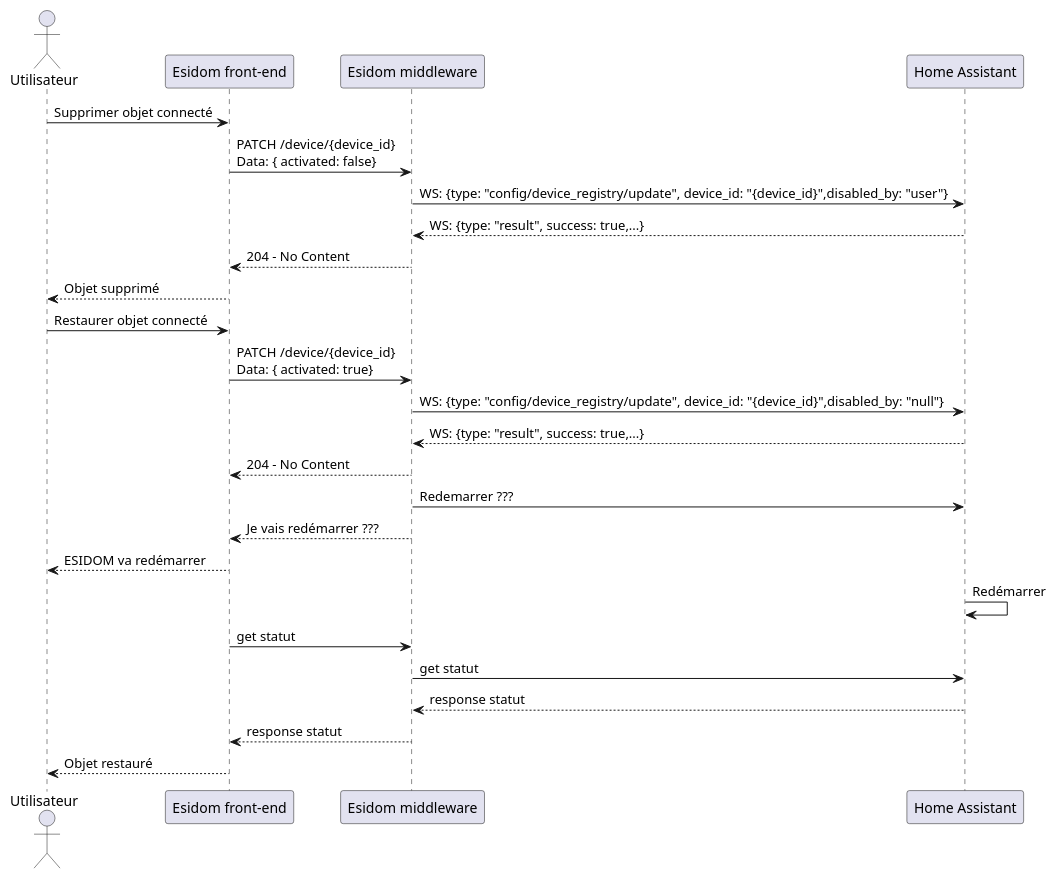
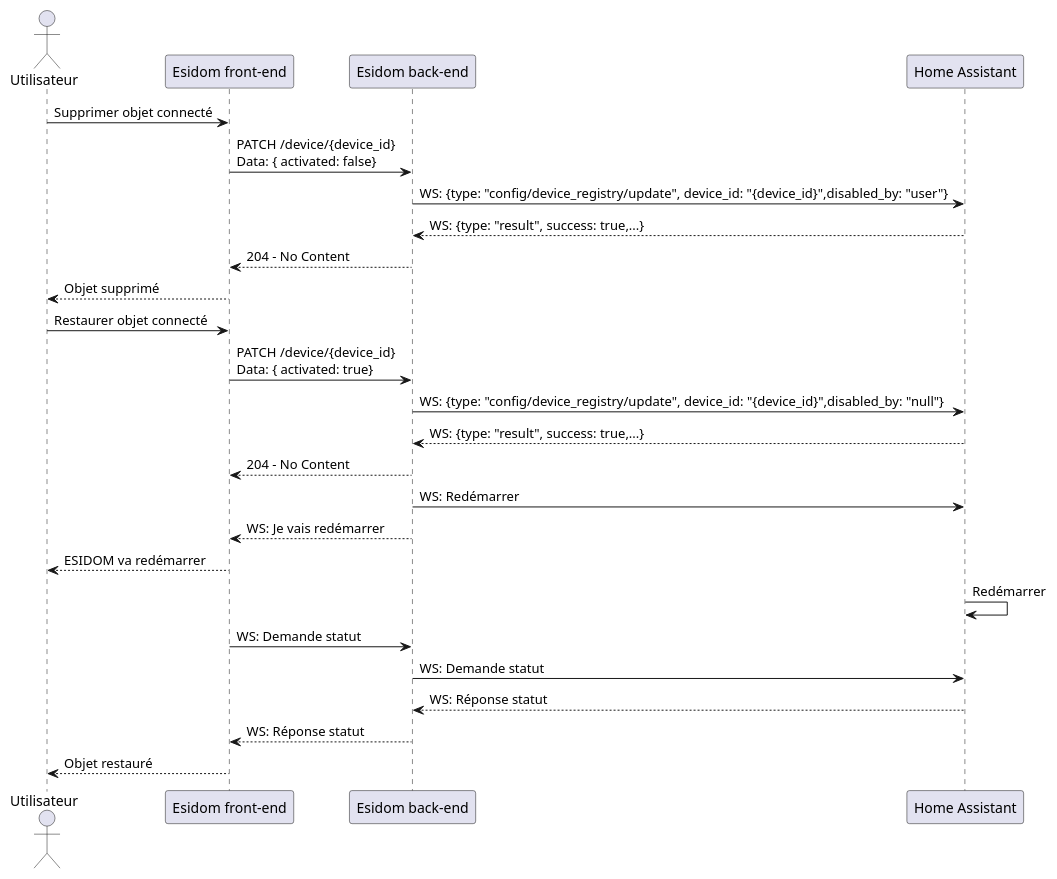
Before and after one commit to SKAVALT-io/esidom_doc: the diagram in cdct/diagramme_de_sequence/plantuml/desappairer.puml, drawn with PlantUML. The commit also changed 31 other files, not shown here.

Commit message:
docs(cdct): changed middleware to back-end

```diff
--- a/cdct/diagramme_de_sequence/plantuml/desappairer.puml
+++ b/cdct/diagramme_de_sequence/plantuml/desappairer.puml
@@ -1,30 +1,30 @@
 @startuml désappairer
 
 actor "Utilisateur" as u
 participant "Esidom front-end" as fe
-participant "Esidom middleware" as m
+participant "Esidom back-end" as m
 participant "Home Assistant" as ha
 
 u -> fe: Supprimer objet connecté
 fe -> m: PATCH /device/{device_id}\nData: { activated: false}
 m -> ha: WS: {type: "config/device_registry/update", device_id: "{device_id}",disabled_by: "user"}
 ha --> m: WS: {type: "result", success: true,...}
 m --> fe: 204 - No Content
 fe --> u: Objet supprimé
 
 u -> fe: Restaurer objet connecté
 fe -> m: PATCH /device/{device_id}\nData: { activated: true}
 m -> ha: WS: {type: "config/device_registry/update", device_id: "{device_id}",disabled_by: "null"}
 ha --> m: WS: {type: "result", success: true,...}
 m --> fe: 204 - No Content
-m -> ha: Redemarrer ???
-m --> fe: Je vais redémarrer ???
+m -> ha: WS: Redémarrer
+m --> fe: WS: Je vais redémarrer
 fe --> u: ESIDOM va redémarrer
 ha -> ha: Redémarrer
-fe -> m: get statut
-m -> ha: get statut
-ha --> m: response statut
-m --> fe: response statut
+fe -> m: WS: Demande statut
+m -> ha: WS: Demande statut
+ha --> m: WS: Réponse statut
+m --> fe: WS: Réponse statut
 fe --> u: Objet restauré
 
 @enduml
```
